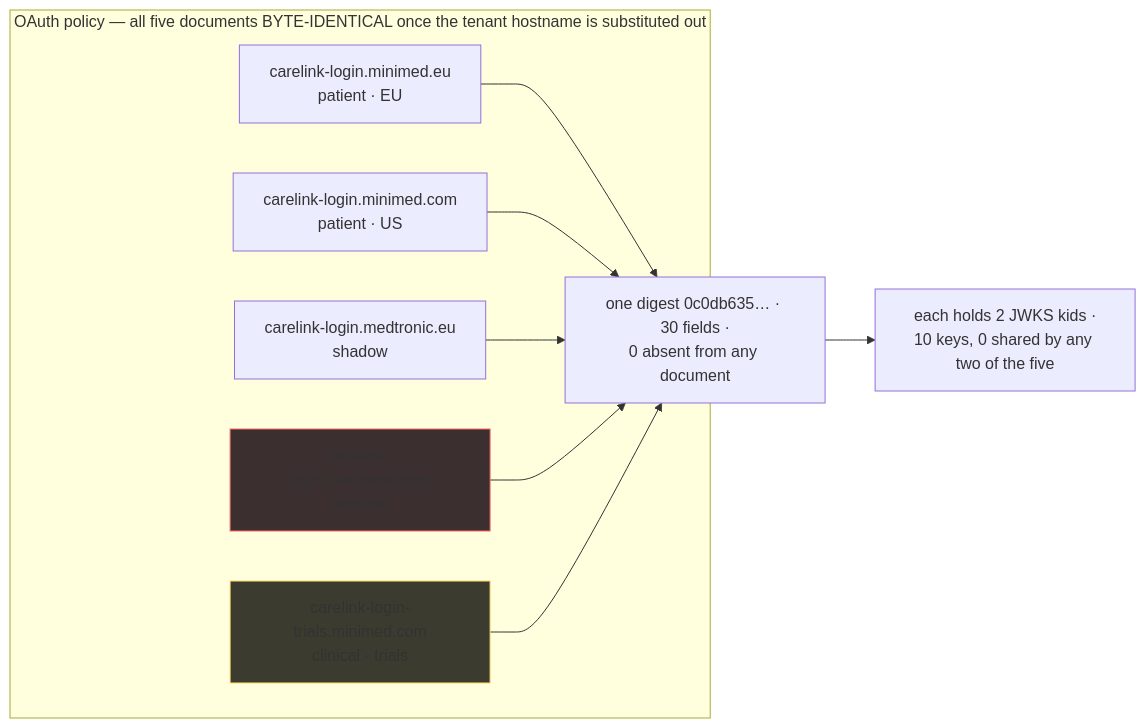
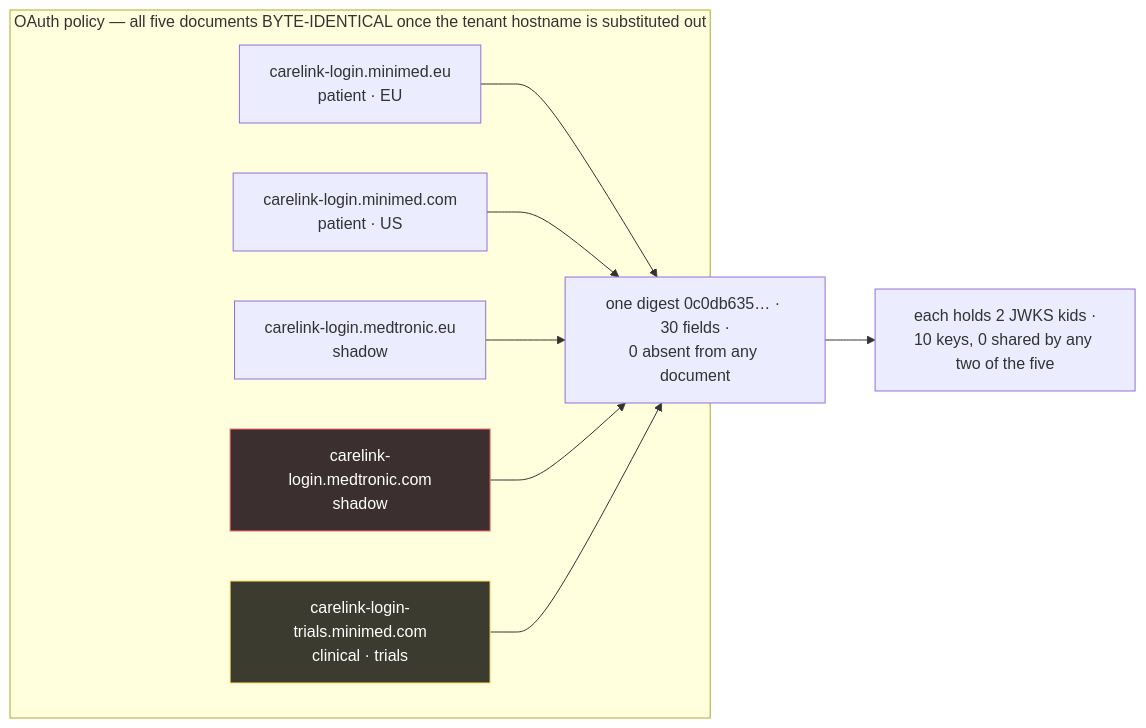
Before and after one commit to NovaLux12/carelink-api-research: the first of 3 diagrams in docs/02-auth-tenants-and-flows.md, drawn with Mermaid.

Commit message:
docs/02: light text on dark Mermaid nodes
Last of the dark-fill set (README, docs/00, docs/06 in #39):
color:#fff on the 2 style lines. Deferred until worker J merged to
avoid a shared-surface conflict.

````diff
--- a/docs/02-auth-tenants-and-flows.md
+++ b/docs/02-auth-tenants-and-flows.md
@@ -39,19 +39,19 @@
 ```mermaid
 flowchart LR
     subgraph POL["OAuth policy — all five documents BYTE-IDENTICAL once the tenant hostname is substituted out"]
         A["carelink-login.minimed.eu<br/>patient · EU"]
         B["carelink-login.minimed.com<br/>patient · US"]
         C["carelink-login.medtronic.eu<br/>shadow"]
         D["carelink-login.medtronic.com<br/>shadow"]
         E["carelink-login-trials.minimed.com<br/>clinical · trials"]
     end
     A --> Z
     B --> Z
     C --> Z
     D --> Z
     E --> Z
     Z["one digest 0c0db635… · 30 fields ·<br/>0 absent from any document"]
     Z --> K["each holds 2 JWKS kids ·<br/>10 keys, 0 shared by any two of the five"]
-    style D fill:#3b2f2f,stroke:#f66
-    style E fill:#3b3b2f,stroke:#fd6
+    style D fill:#3b2f2f,stroke:#f66,color:#fff
+    style E fill:#3b3b2f,stroke:#fd6,color:#fff
 ```
````
